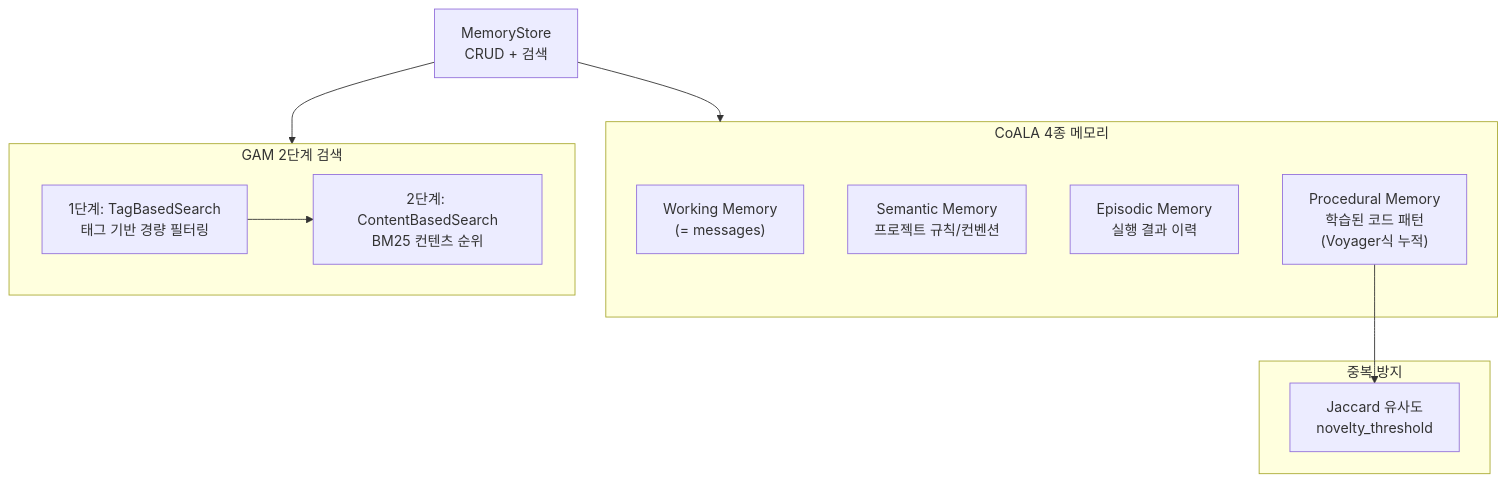
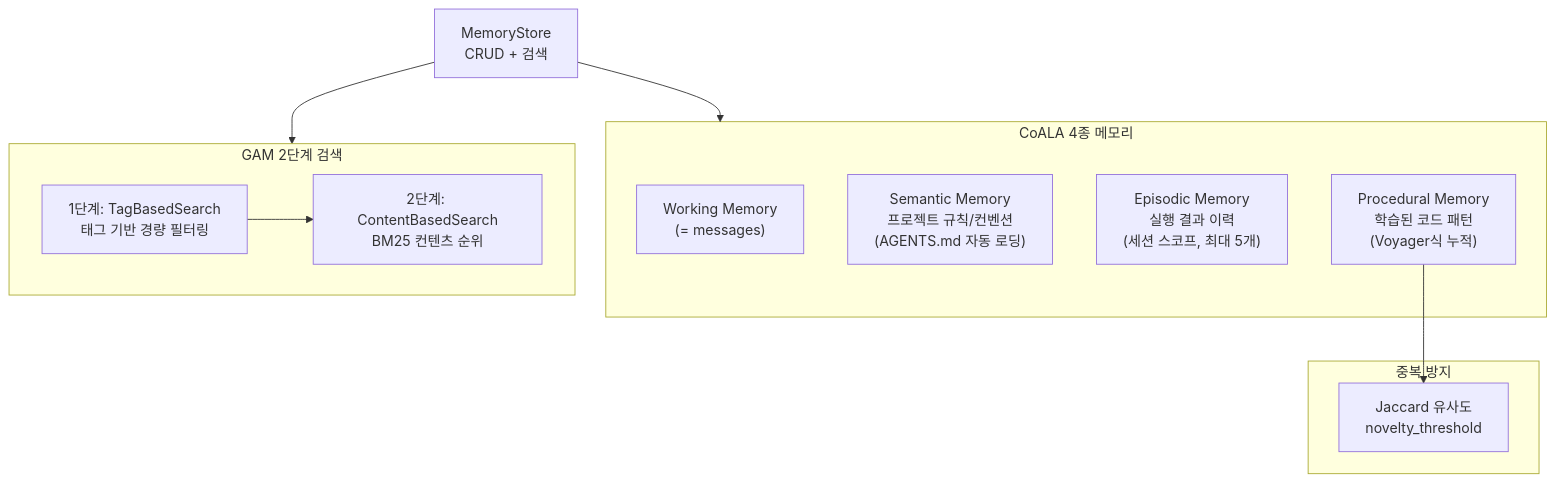
Before and after one commit to youngs75/youngs75_coding_ai_agent: the tenth of 16 diagrams in docs/ARCHITECTURE.md, drawn with Mermaid. The commit also changed other lines of this file and 15 other files, not shown here.

````diff
--- a/docs/ARCHITECTURE.md
+++ b/docs/ARCHITECTURE.md
@@ -302,25 +360,25 @@
 ```mermaid
 graph TD
     subgraph Memory["CoALA 4종 메모리"]
         W["Working Memory<br/>(= messages)"]
-        S["Semantic Memory<br/>프로젝트 규칙/컨벤션"]
-        E["Episodic Memory<br/>실행 결과 이력"]
+        S["Semantic Memory<br/>프로젝트 규칙/컨벤션<br/>(AGENTS.md 자동 로딩)"]
+        E["Episodic Memory<br/>실행 결과 이력<br/>(세션 스코프, 최대 5개)"]
         P["Procedural Memory<br/>학습된 코드 패턴<br/>(Voyager식 누적)"]
     end
 
     subgraph Search["GAM 2단계 검색"]
         T1["1단계: TagBasedSearch<br/>태그 기반 경량 필터링"]
         T2["2단계: ContentBasedSearch<br/>BM25 컨텐츠 순위"]
     end
 
     MS["MemoryStore<br/>CRUD + 검색"]
     MS --> Memory
     MS --> Search
     T1 --> T2
 
     subgraph Novelty["중복 방지"]
         NF["Jaccard 유사도<br/>novelty_threshold"]
     end
 
     P --> NF
 ```
````
